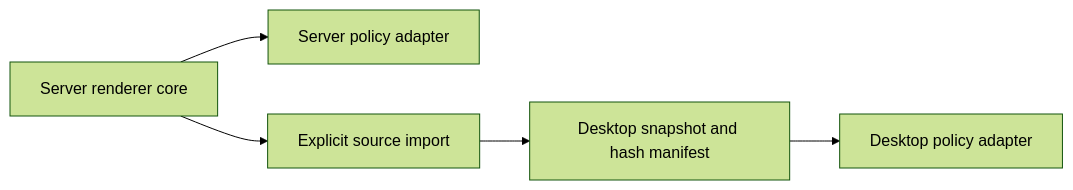
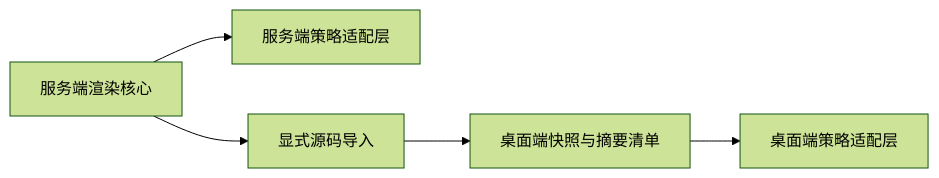
Before and after one commit to AuroraWhisperer/LIRA: the diagram in docs/architecture/adr/0020-shared-danmaku-source.md, drawn with Mermaid (forest theme). The commit also changed other lines of this file and 959 other files, not shown here.

````diff
--- a/docs/architecture/adr/0020-shared-danmaku-source.md
+++ b/docs/architecture/adr/0020-shared-danmaku-source.md
@@ -55,7 +27,7 @@
 ```mermaid
 flowchart LR
-  Source[Server renderer core] --> ServerAdapter[Server policy adapter]
-  Source --> Import[Explicit source import]
-  Import --> Snapshot[Desktop snapshot and hash manifest]
-  Snapshot --> DesktopAdapter[Desktop policy adapter]
+  Source[服务端渲染核心] --> ServerAdapter[服务端策略适配层]
+  Source --> Import[显式源码导入]
+  Import --> Snapshot[桌面端快照与摘要清单]
+  Snapshot --> DesktopAdapter[桌面端策略适配层]
 ```
````
